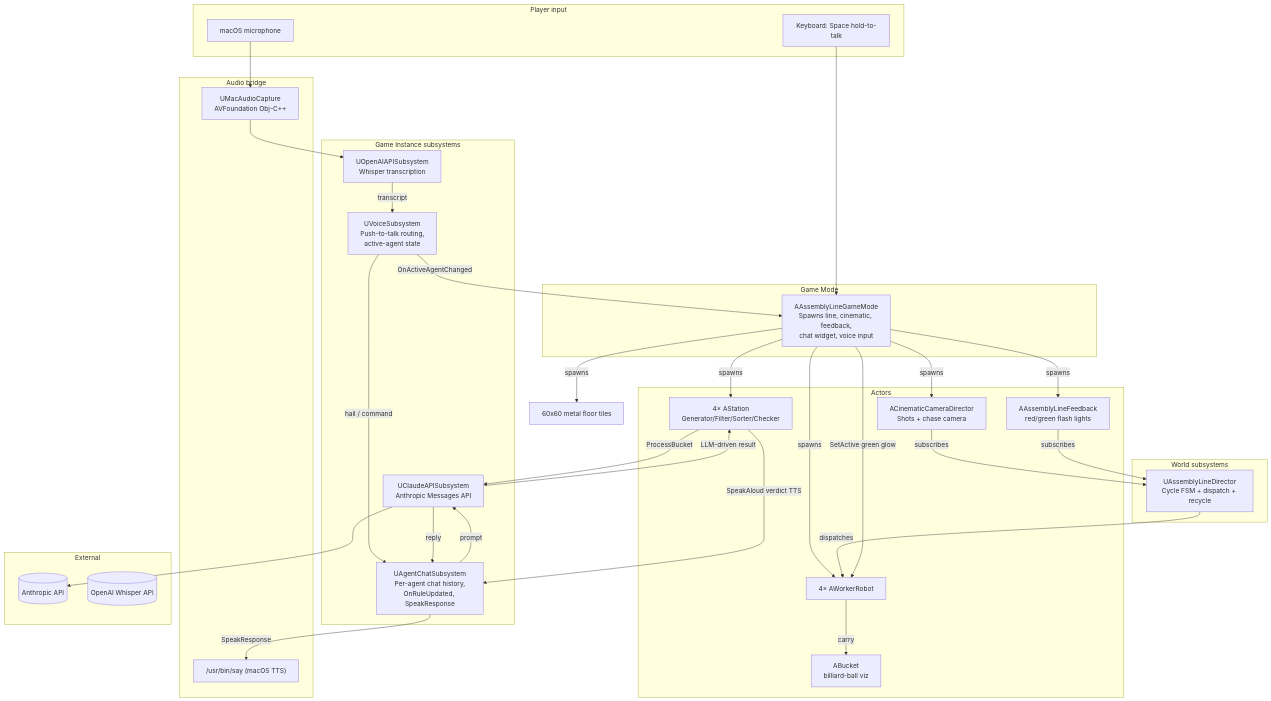
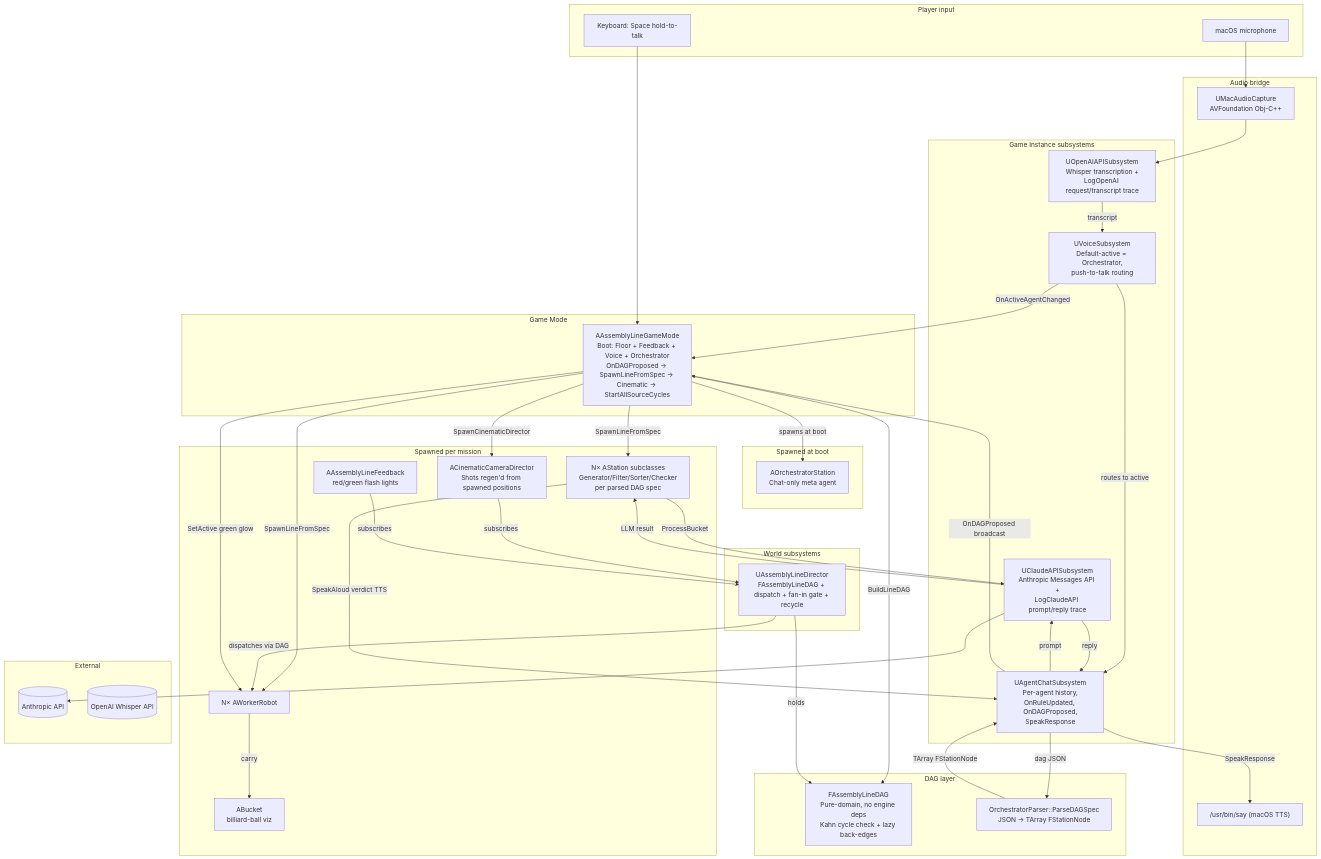
One commit to eyupgurel/AssemblyLineSimul changed the first of 7 diagrams in README.md. Above: the diagram before and after it, drawn with Mermaid. The commit also changed other lines of this file, not shown here.

First line of the commit message:
README: catch up to stories 26-32b (orchestrator + DAG executor)

````diff
--- a/README.md
+++ b/README.md
@@ -126,66 +142,80 @@
 ```mermaid
 graph TB
   subgraph Player input
     KB[Keyboard: Space hold-to-talk]
     Mic[macOS microphone]
   end
 
   subgraph Game Mode
-    GM[AAssemblyLineGameMode<br/>Spawns line, cinematic, feedback,<br/>chat widget, voice input]
+    GM[AAssemblyLineGameMode<br/>Boot: Floor + Feedback + Voice + Orchestrator<br/>OnDAGProposed → SpawnLineFromSpec → Cinematic → StartAllSourceCycles]
   end
 
   subgraph World subsystems
-    Dir[UAssemblyLineDirector<br/>Cycle FSM + dispatch + recycle]
+    Dir[UAssemblyLineDirector<br/>FAssemblyLineDAG + dispatch + fan-in gate + recycle]
   end
 
   subgraph Game Instance subsystems
-    Chat[UAgentChatSubsystem<br/>Per-agent chat history,<br/>OnRuleUpdated, SpeakResponse]
-    Voice[UVoiceSubsystem<br/>Push-to-talk routing,<br/>active-agent state]
-    Claude[UClaudeAPISubsystem<br/>Anthropic Messages API]
-    OpenAI[UOpenAIAPISubsystem<br/>Whisper transcription]
+    Chat[UAgentChatSubsystem<br/>Per-agent history,<br/>OnRuleUpdated, OnDAGProposed,<br/>SpeakResponse]
+    Voice[UVoiceSubsystem<br/>Default-active = Orchestrator,<br/>push-to-talk routing]
+    Claude[UClaudeAPISubsystem<br/>Anthropic Messages API +<br/>LogClaudeAPI prompt/reply trace]
+    OpenAI[UOpenAIAPISubsystem<br/>Whisper transcription +<br/>LogOpenAI request/transcript trace]
   end
 
-  subgraph Actors
-    Stations[4× AStation<br/>Generator/Filter/Sorter/Checker]
-    Workers[4× AWorkerRobot]
+  subgraph Spawned at boot
+    Orch[AOrchestratorStation<br/>Chat-only meta agent]
+  end
+
+  subgraph Spawned per mission
+    Stations[N× AStation subclasses<br/>Generator/Filter/Sorter/Checker<br/>per parsed DAG spec]
+    Workers[N× AWorkerRobot]
     Buckets[ABucket<br/>billiard-ball viz]
-    Cinematic[ACinematicCameraDirector<br/>Shots + chase camera]
+    Cinematic[ACinematicCameraDirector<br/>Shots regen'd from spawned positions]
     Feedback[AAssemblyLineFeedback<br/>red/green flash lights]
+  end
+
+  subgraph DAG layer
+    DAG[FAssemblyLineDAG<br/>Pure-domain, no engine deps<br/>Kahn cycle check + lazy back-edges]
+    Parser[OrchestratorParser::ParseDAGSpec<br/>JSON → TArray FStationNode]
   end
 
   subgraph Audio bridge
     MacAudio[UMacAudioCapture<br/>AVFoundation Obj-C++]
     Say["/usr/bin/say (macOS TTS)"]
   end
 
   subgraph External
     AnthropicAPI[(Anthropic API)]
     OpenAIAPI[(OpenAI Whisper API)]
   end
 
   KB --> GM
   Mic --> MacAudio
   MacAudio --> OpenAI
   OpenAI -- transcript --> Voice
-  Voice -- hail / command --> Chat
+  Voice -- routes to active --> Chat
   Chat -- prompt --> Claude
   Claude --> AnthropicAPI
   Claude -- reply --> Chat
   Chat -- SpeakResponse --> Say
 
+  Chat -- dag JSON --> Parser
+  Parser -- TArray FStationNode --> Chat
+  Chat -- OnDAGProposed broadcast --> GM
+  GM -- SpawnLineFromSpec --> Stations
+  GM -- SpawnLineFromSpec --> Workers
+  GM -- SpawnCinematicDirector --> Cinematic
+  GM -- BuildLineDAG --> DAG
+  Dir -- holds --> DAG
+
   Stations -- ProcessBucket --> Claude
-  Claude -- LLM-driven result --> Stations
+  Claude -- LLM result --> Stations
   Stations -- SpeakAloud verdict TTS --> Chat
 
-  GM -- spawns --> Stations
-  GM -- spawns --> Workers
-  GM -- spawns --> Cinematic
-  GM -- spawns --> Feedback
-  GM -- spawns --> Floor[60x60 metal floor tiles]
-  Dir -- dispatches --> Workers
+  Dir -- dispatches via DAG --> Workers
   Workers -- carry --> Buckets
   Cinematic -- subscribes --> Dir
   Feedback -- subscribes --> Dir
   Voice -- OnActiveAgentChanged --> GM
   GM -- SetActive green glow --> Workers
+  GM -- spawns at boot --> Orch
 ```
````
